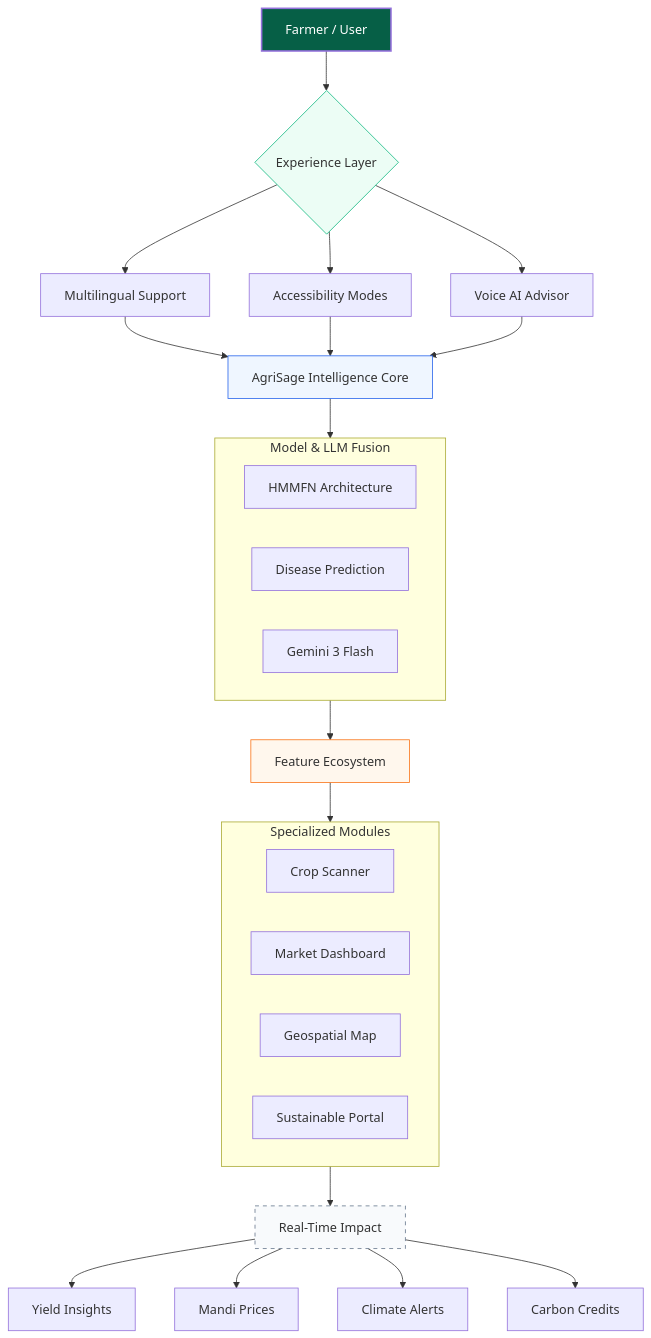
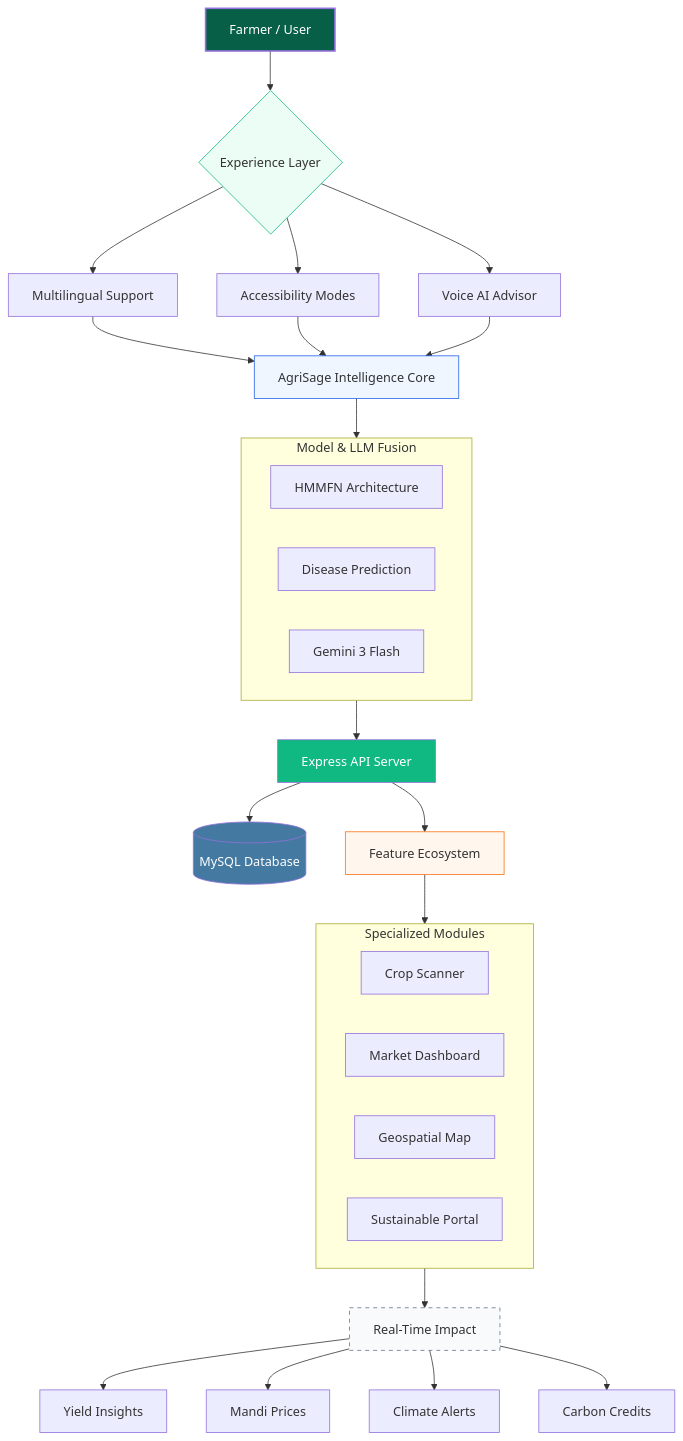
The diagram in README.md (TanayKapoor21/Agrisage-The-Unified-Ariculture-Platform), drawn with Mermaid before and after one commit.

````diff
--- a/README.md
+++ b/README.md
@@ -29,47 +29,53 @@
 ```mermaid
 graph TD
     %% User Entry
     A[Farmer / User] --> B{Experience Layer}
     
     %% Experience Features
     B --> B1[Multilingual Support]
     B --> B2[Accessibility Modes]
     B --> B3[Voice AI Advisor]
     
     %% Intelligence Core
     B1 & B2 & B3 --> C[AgriSage Intelligence Core]
     
     %% Core Technologies
     subgraph Intelligence_Core [Model & LLM Fusion]
         C1[HMMFN Architecture]
         C2[Disease Prediction]
         C3[Gemini 3 Flash]
     end
     C --> Intelligence_Core
+
+    %% Backend Service
+    Intelligence_Core --> API[Express API Server]
+    API --> DB[(MySQL Database)]
     
     %% Main Application Hub
-    Intelligence_Core --> D[Feature Ecosystem]
+    API --> D[Feature Ecosystem]
     
     %% Functional Modules
     subgraph Feature_Hub [Specialized Modules]
         D1[Crop Scanner]
         D2[Market Dashboard]
         D3[Geospatial Map]
         D4[Sustainable Portal]
     end
     D --> Feature_Hub
 
     %% Data & Impact
     Feature_Hub --> E[Real-Time Impact]
     E --> E1[Yield Insights]
     E --> E2[Mandi Prices]
     E --> E3[Climate Alerts]
     E --> E4[Carbon Credits]
 
     %% Styling
     style A fill:#065f46,color:#fff,stroke-width:2px
     style B fill:#ecfdf5,stroke:#10b981
     style C fill:#eff6ff,stroke:#2563eb
+    style API fill:#10b981,color:#fff
+    style DB fill:#4479A1,color:#fff
     style D fill:#fff7ed,stroke:#f97316
     style E fill:#f8fafc,stroke:#64748b,stroke-dasharray: 5 5
 ```
````
